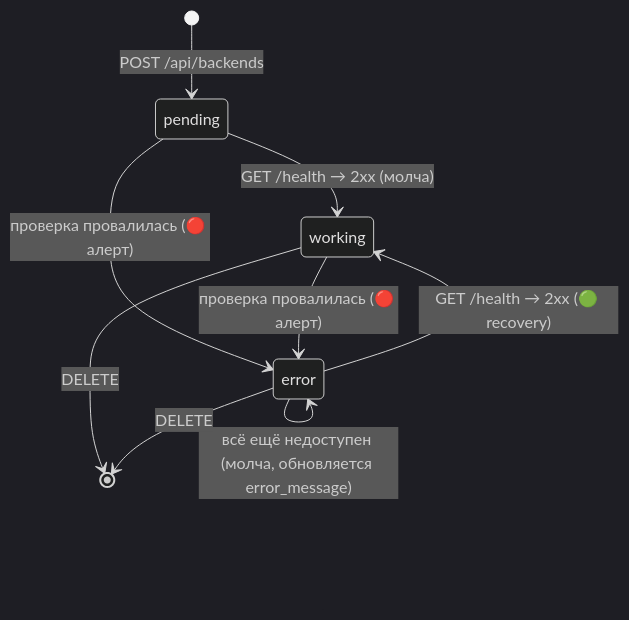
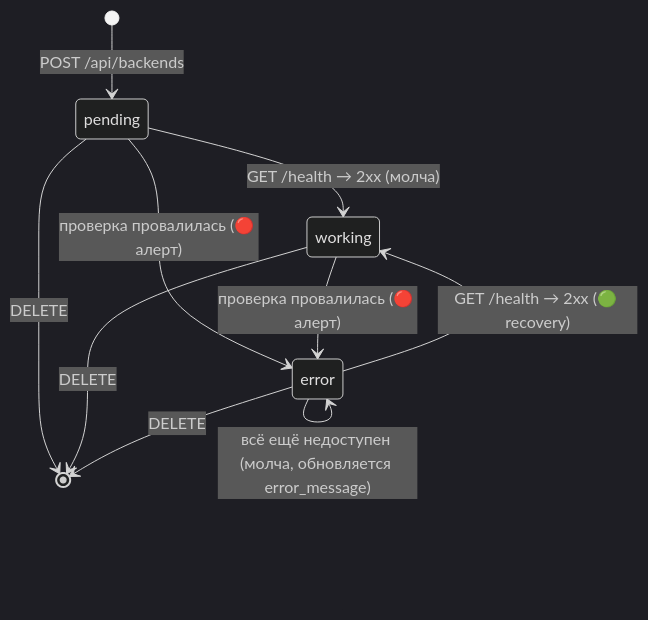
Before and after one commit to eliseiv/broad-crm: the fifth of 5 diagrams in docs/03-data-model.md, drawn with Mermaid (dark theme). The commit also changed other lines of this file and 44 other files, not shown here.

````diff
--- a/docs/03-data-model.md
+++ b/docs/03-data-model.md
@@ -372,11 +372,12 @@
 ```mermaid
 stateDiagram-v2
     [*] --> pending: POST /api/backends
     pending --> working: GET /health → 2xx (молча)
     pending --> error: проверка провалилась (🔴 алерт)
     working --> error: проверка провалилась (🔴 алерт)
     error --> working: GET /health → 2xx (🟢 recovery)
     error --> error: всё ещё недоступен (молча, обновляется error_message)
+    pending --> [*]: DELETE
     working --> [*]: DELETE
     error --> [*]: DELETE
 ```
````
